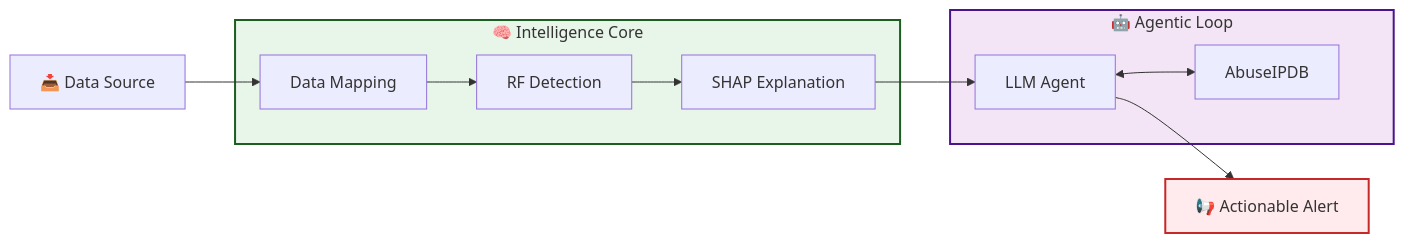
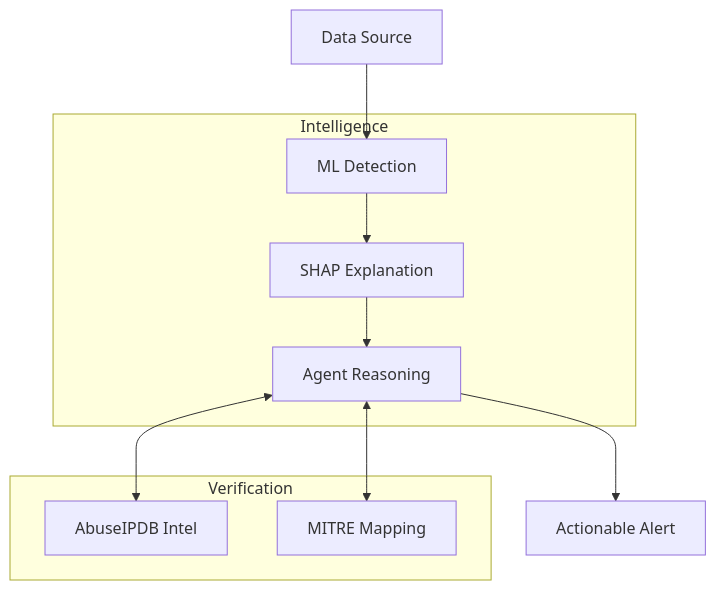
The diagram in README.md (omerfarooq223/shap-agentic-ids), drawn with Mermaid before and after one commit. The commit also changed other lines of this file and 6 other files, not shown here.

````diff
--- a/README.md
+++ b/README.md
@@ -40,25 +40,13 @@
 ```mermaid
-graph LR
-    %% Data Phase
-    IN[📥 Data Source] --> MLD[Data Mapping]
-    
-    %% detection Phase
-    subgraph AI ["🧠 Intelligence Core"]
-        MLD --> RF[RF Detection]
-        RF --> SHAP[SHAP Explanation]
+flowchart TD
+    A[Data Source] --> B[ML Detection]
+    subgraph Intelligence
+        B --> C[SHAP Explanation]
+        C --> D[Agent Reasoning]
     end
-
-    %% Reasoning Phase
-    subgraph Agent ["🤖 Agentic Loop"]
-        SHAP --> AG[LLM Agent]
-        AG <--> INTEL[AbuseIPDB]
+    subgraph Verification
+        D <--> E[AbuseIPDB Intel]
+        D <--> F[MITRE Mapping]
     end
-
-    %% Output
-    AG --> ALERT[📢 Actionable Alert]
-
-    %% Styling
-    style AI fill:#e8f5e9,stroke:#1b5e20,stroke-width:2px
-    style Agent fill:#f3e5f5,stroke:#4a148c,stroke-width:2px
-    style ALERT fill:#ffebee,stroke:#c62828,stroke-width:2px
+    D --> G[Actionable Alert]
 ```
````
